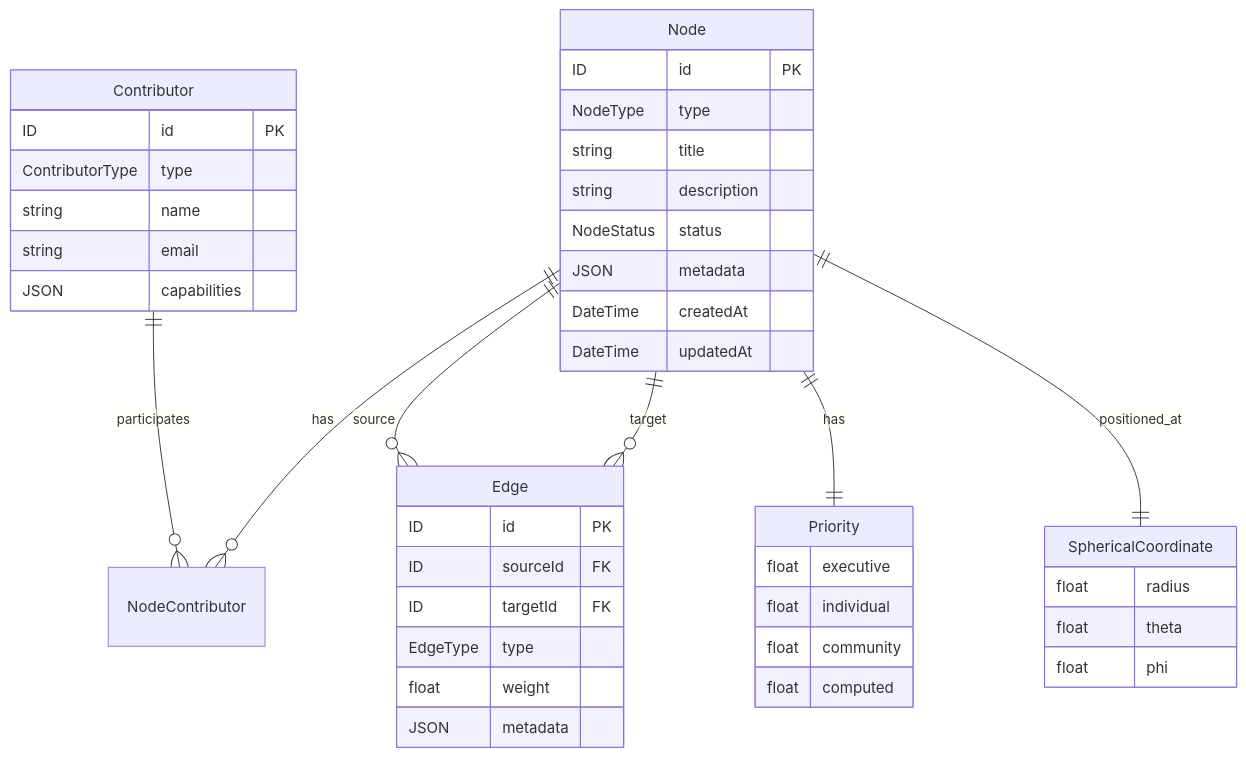
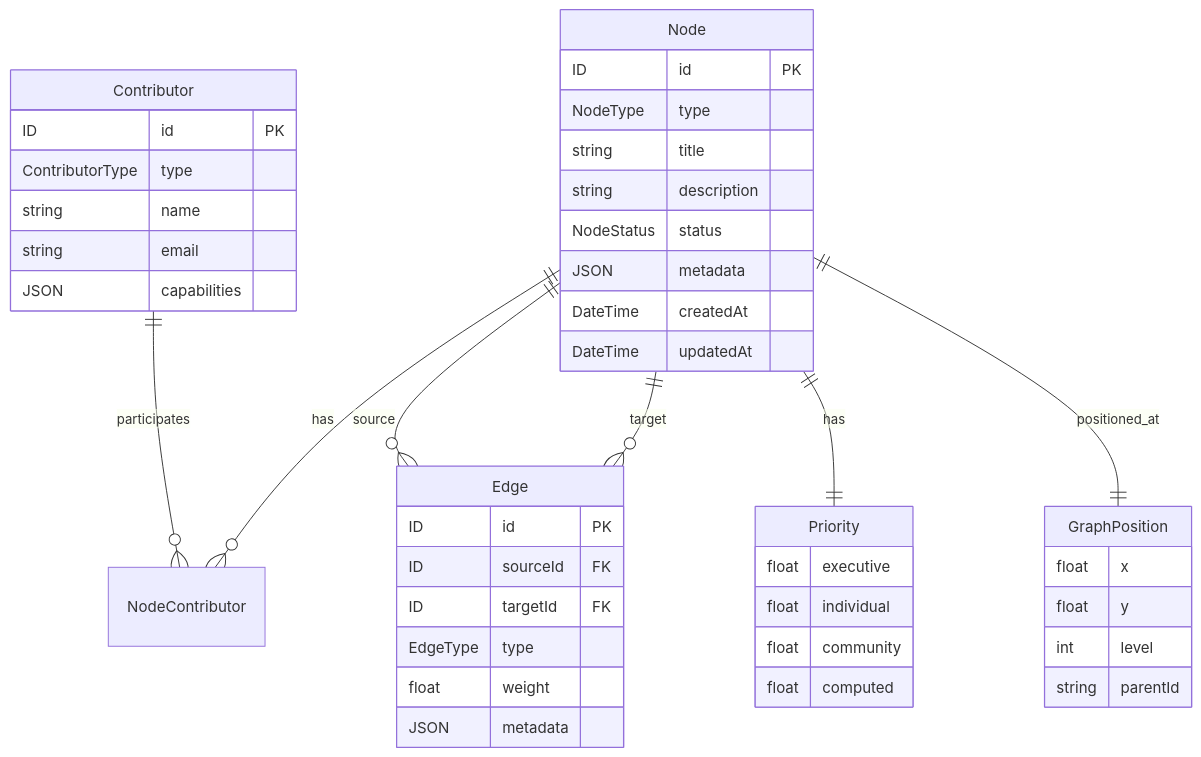
Diagram 11 of 13 in docs/detailed-overview.md (GraphDone/GraphDone-Core), drawn with Mermaid before and after one commit. The commit also changed other lines of this file and 2 other files, not shown here.

First line of the commit message:
Update documentation to reflect 2D multi-level graph approach

````diff
--- a/docs/detailed-overview.md
+++ b/docs/detailed-overview.md
@@ -410,51 +420,52 @@
 ```mermaid
 erDiagram
     Node ||--o{ NodeContributor : "has"
     Node ||--o{ Edge : "source"
     Node ||--o{ Edge : "target"
     Node ||--|| Priority : "has"
-    Node ||--|| SphericalCoordinate : "positioned_at"
+    Node ||--|| GraphPosition : "positioned_at"
     
     Contributor ||--o{ NodeContributor : "participates"
     
     Node {
         ID id PK
         NodeType type
         string title
         string description
         NodeStatus status
         JSON metadata
         DateTime createdAt
         DateTime updatedAt
     }
     
     Priority {
         float executive
         float individual
         float community
         float computed
     }
     
-    SphericalCoordinate {
-        float radius
-        float theta
-        float phi
+    GraphPosition {
+        float x
+        float y
+        int level
+        string parentId
     }
     
     Edge {
         ID id PK
         ID sourceId FK
         ID targetId FK
         EdgeType type
         float weight
         JSON metadata
     }
     
     Contributor {
         ID id PK
         ContributorType type
         string name
         string email
         JSON capabilities
     }
 ```
````
